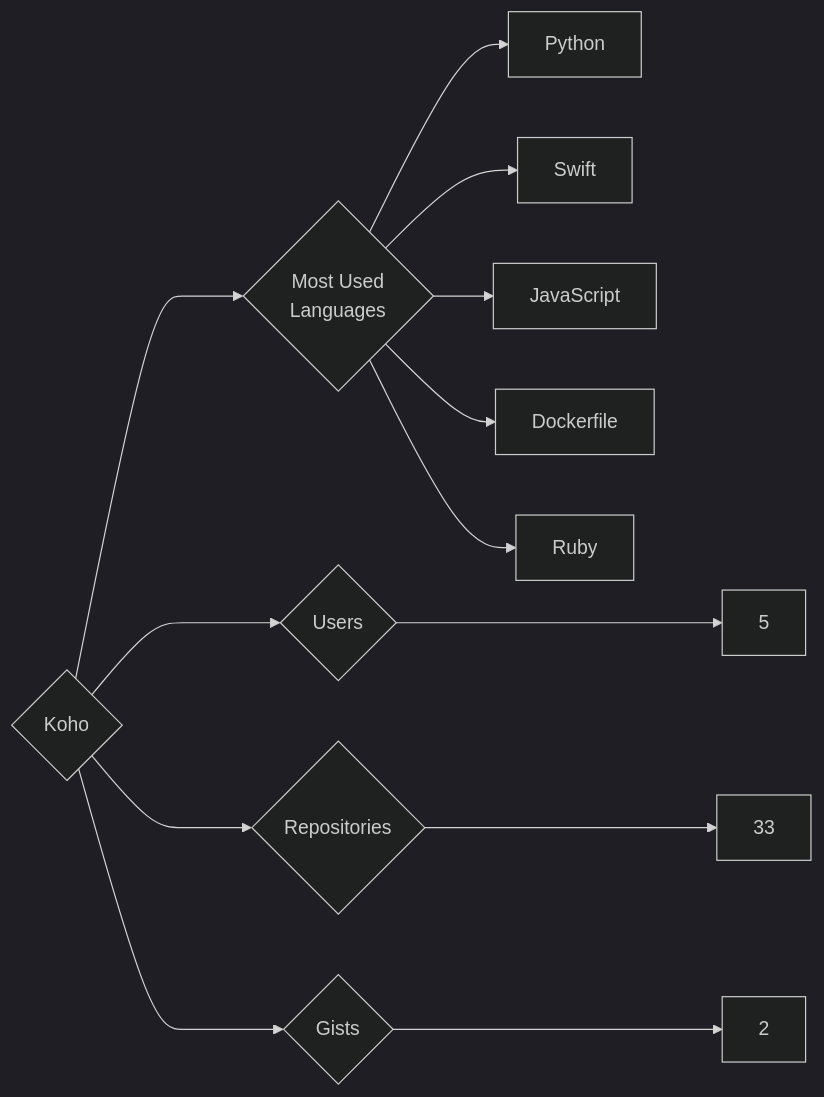
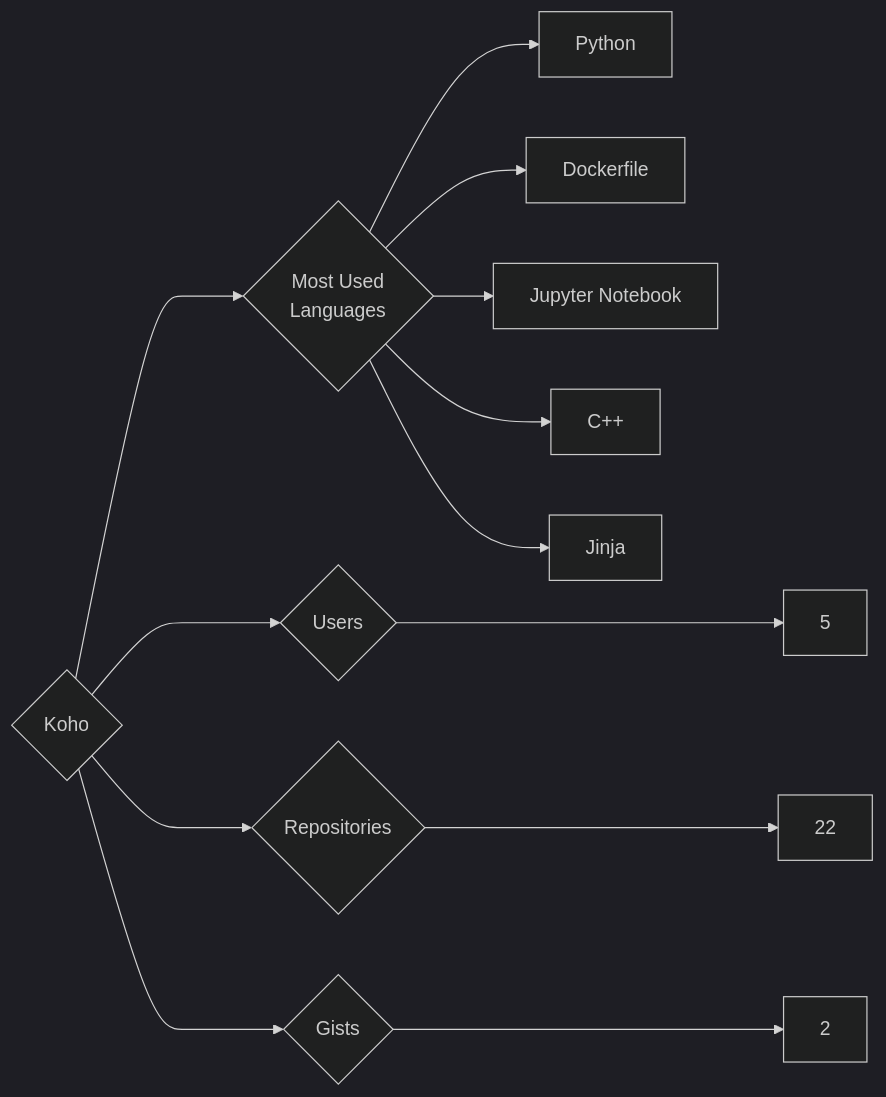
Before and after one commit to trickest/insiders: the diagram in targets/Koho/README.md, drawn with Mermaid (dark theme). The commit also changed 715 other files, not shown here.

````diff
--- a/targets/Koho/README.md
+++ b/targets/Koho/README.md
@@ -3,13 +3,13 @@
 ```mermaid
 graph LR
 COMPANY_NAME{Koho}
 COMPANY_NAME ---> U{Users} ---> UN[5]
-COMPANY_NAME ---> R{Repositories} ---> RN[33]
+COMPANY_NAME ---> R{Repositories} ---> RN[22]
 COMPANY_NAME ---> G{Gists} ---> GN[2]
 COMPANY_NAME ---> ML{Most Used<br>Languages}
 ML --> Python[Python]
-ML --> Swift[Swift]
-ML --> JavaScript[JavaScript]
 ML --> Dockerfile[Dockerfile]
-ML --> Ruby[Ruby]
+ML --> Jupyter_Notebook[Jupyter Notebook]
+ML --> C++[C++]
+ML --> Jinja[Jinja]
 ```
````
